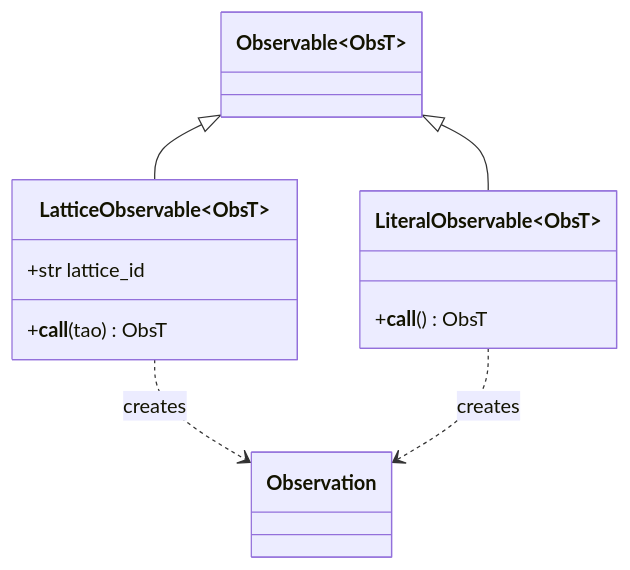
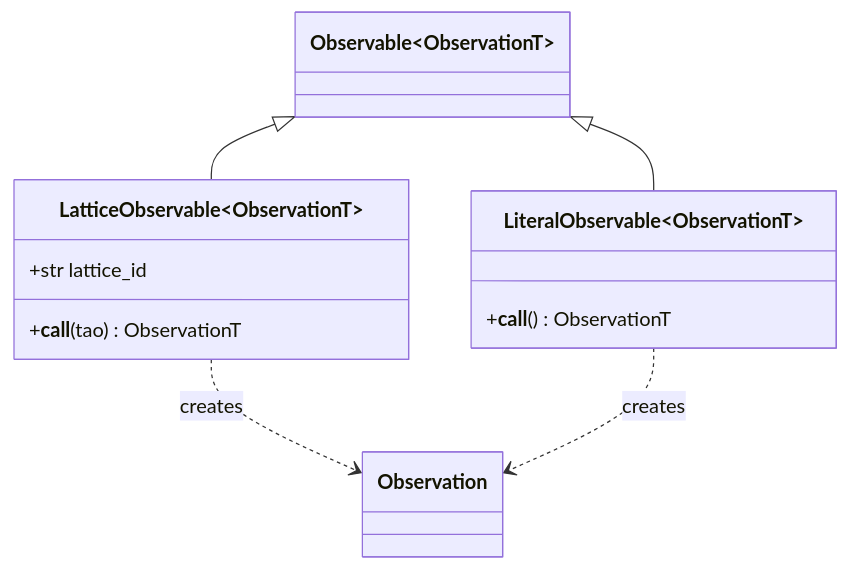
One commit to bmad-sim/pytao changed the first of 3 diagrams in docs/constraints/api/index.md. Above: the diagram before and after it, drawn with Mermaid. The commit also changed other lines of this file and 6 other files, not shown here.

````diff
--- a/docs/constraints/api/index.md
+++ b/docs/constraints/api/index.md
@@ -27,17 +29,17 @@
 ```mermaid
 classDiagram
     class Observation
-    class Observable~ObsT~
-    class LatticeObservable~ObsT~ {
+    class Observable~ObservationT~
+    class LatticeObservable~ObservationT~ {
         +str lattice_id
-        +__call__(tao) ObsT
+        +__call__(tao) ObservationT
     }
-    class LiteralObservable~ObsT~ {
-        +__call__() ObsT
+    class LiteralObservable~ObservationT~ {
+        +__call__() ObservationT
     }
     Observable <|-- LatticeObservable
     Observable <|-- LiteralObservable
 
     LatticeObservable ..> Observation : creates
     LiteralObservable ..> Observation : creates
 ```
````
